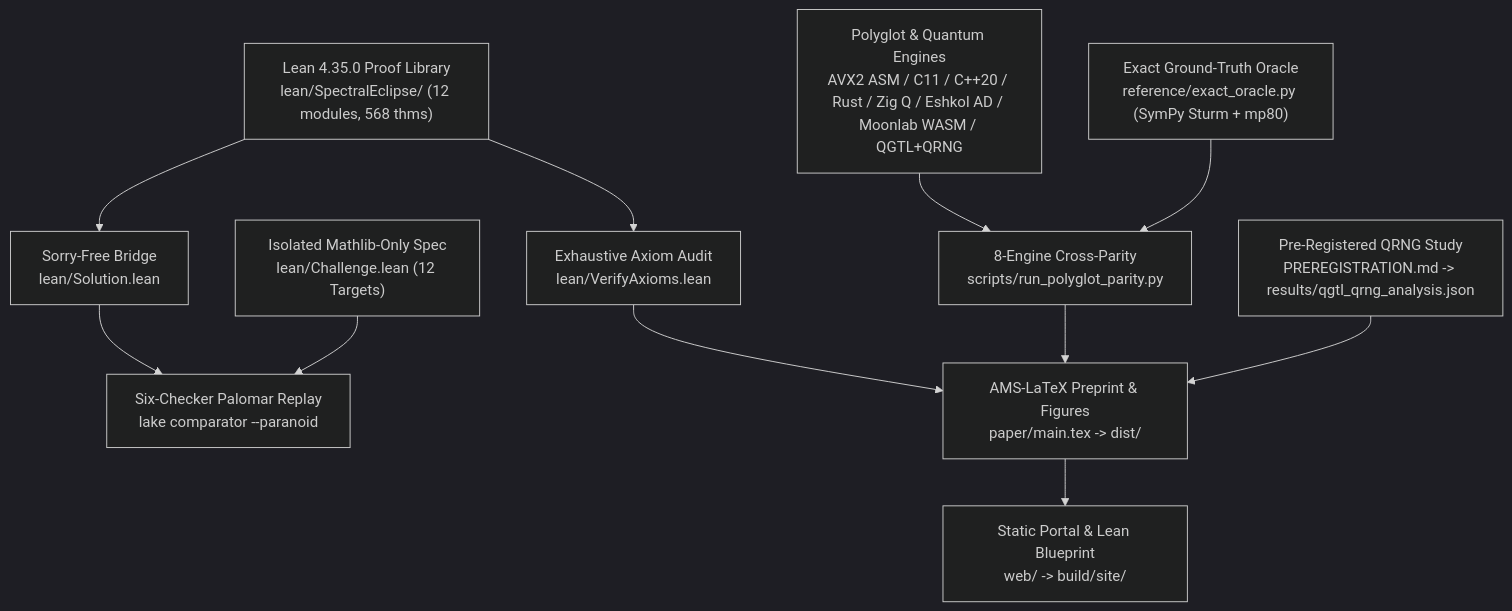
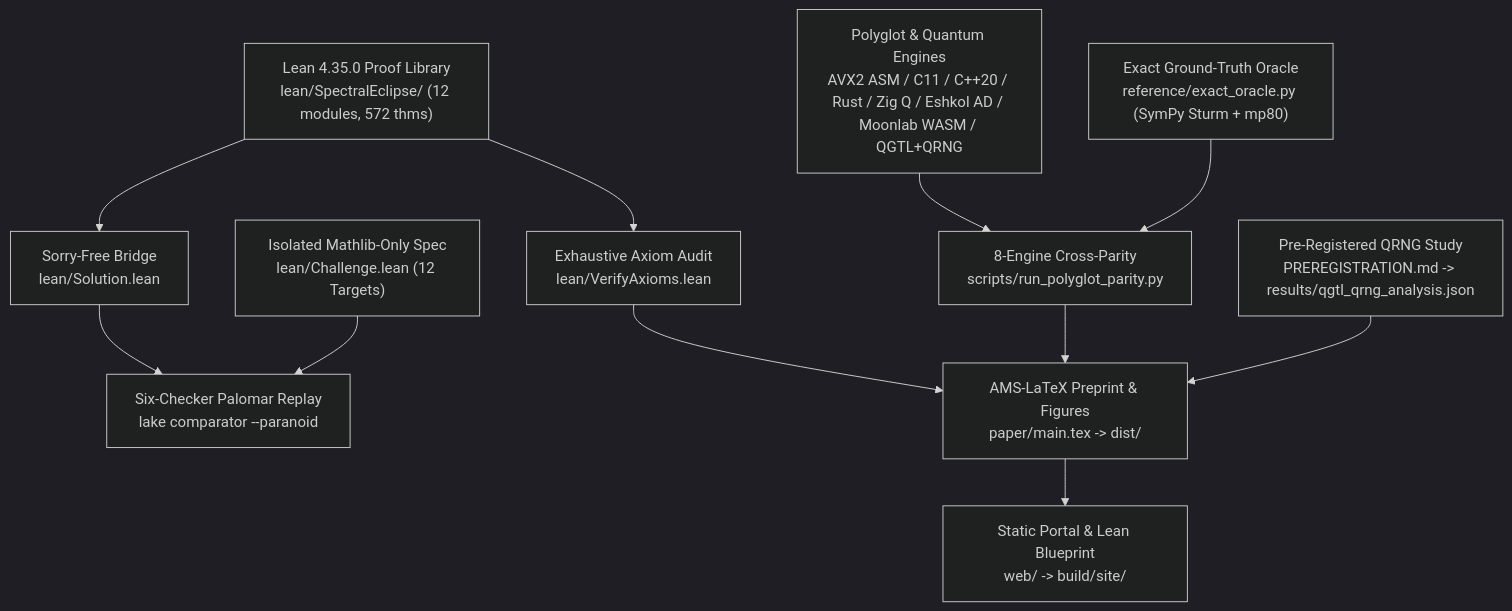
One commit to 0thernes/spectral-eclipse-frontier changed the diagram in docs/architecture.md. Above: the diagram before and after it, drawn with Mermaid (dark theme). The commit also changed other lines of this file and 91 other files, not shown here.

````diff
--- a/docs/architecture.md
+++ b/docs/architecture.md
@@ -7,13 +7,13 @@
 ```mermaid
 flowchart TD
     A["Isolated Mathlib-Only Spec\nlean/Challenge.lean (12 Targets)"] --> B["Six-Checker Palomar Replay\nlake comparator --paranoid"]
-    C["Lean 4.35.0 Proof Library\nlean/SpectralEclipse/ (12 modules, 568 thms)"] --> D["Sorry-Free Bridge\nlean/Solution.lean"]
+    C["Lean 4.35.0 Proof Library\nlean/SpectralEclipse/ (12 modules, 572 thms)"] --> D["Sorry-Free Bridge\nlean/Solution.lean"]
     D --> B
     C --> E["Exhaustive Axiom Audit\nlean/VerifyAxioms.lean"]
     F["Exact Ground-Truth Oracle\nreference/exact_oracle.py (SymPy Sturm + mp80)"] --> G["8-Engine Cross-Parity\nscripts/run_polyglot_parity.py"]
     H["Polyglot & Quantum Engines\nAVX2 ASM / C11 / C++20 / Rust / Zig Q / Eshkol AD / Moonlab WASM / QGTL+QRNG"] --> G
     I["Pre-Registered QRNG Study\nPREREGISTRATION.md -> results/qgtl_qrng_analysis.json"] --> J["AMS-LaTeX Preprint & Figures\npaper/main.tex -> dist/"]
     G --> J
     E --> J
     J --> K["Static Portal & Lean Blueprint\nweb/ -> build/site/"]
 ```
````
